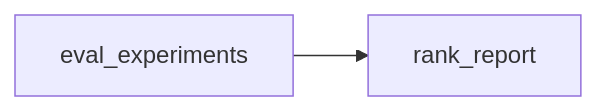
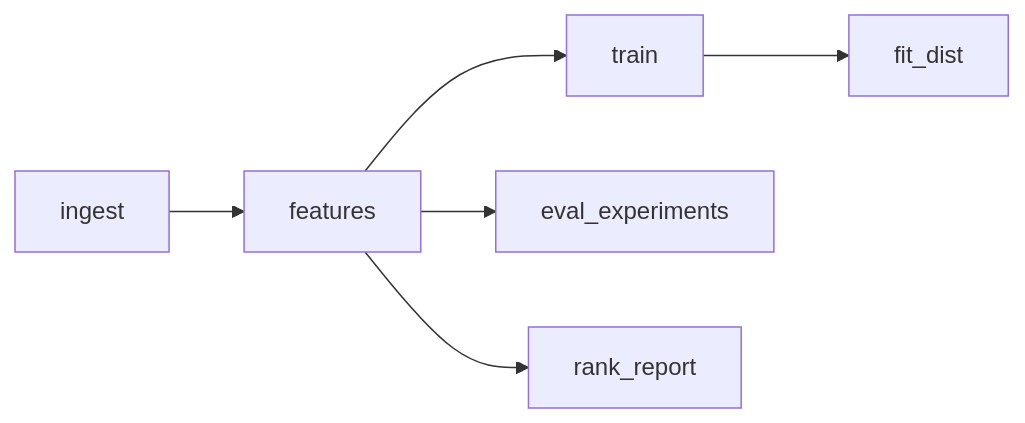
Before and after one commit to blackgauss/FPL: the diagram in docs/Pipelines.md, drawn with Mermaid. The commit also changed other lines of this file and 8 other files, not shown here.

````diff
--- a/docs/Pipelines.md
+++ b/docs/Pipelines.md
@@ -24,4 +24,8 @@
 ```mermaid
 graph LR
-  eval_experiments --> rank_report
+  ingest --> features
+  features --> train
+  train --> fit_dist
+  features --> eval_experiments
+  features --> rank_report
 ```
````
